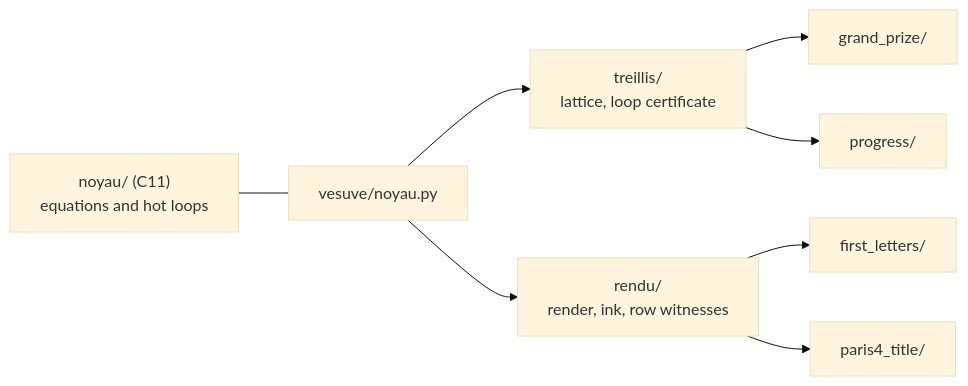
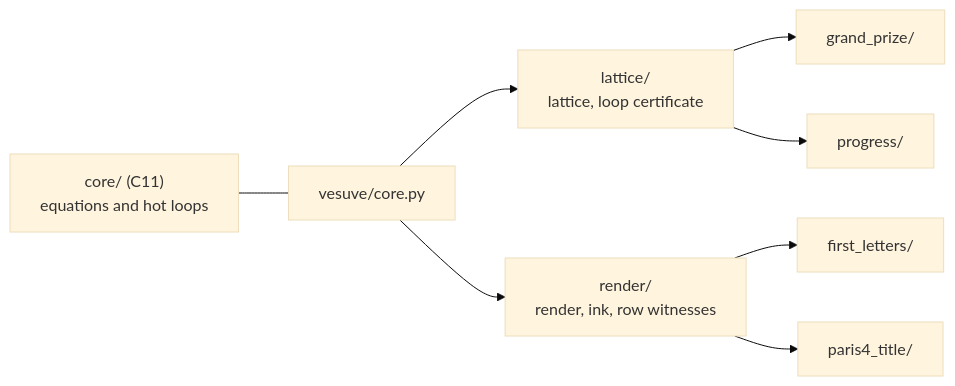
Before and after one commit to MasterLaplace/LplVesuvius: the diagram in README.md, drawn with Mermaid (base theme). The commit also changed other lines of this file and 150 other files, not shown here.

````diff
--- a/README.md
+++ b/README.md
@@ -52,10 +52,10 @@
 ```mermaid
 flowchart LR
-  C["noyau/ (C11)<br/>equations and hot loops"] --- P["vesuve/noyau.py"]
-  P --> T["treillis/<br/>lattice, loop certificate"]
-  P --> R["rendu/<br/>render, ink, row witnesses"]
+  C["core/ (C11)<br/>equations and hot loops"] --- P["vesuve/core.py"]
+  P --> T["lattice/<br/>lattice, loop certificate"]
+  P --> R["render/<br/>render, ink, row witnesses"]
   T --> GP["grand_prize/"]
   T --> PR["progress/"]
   R --> FL["first_letters/"]
   R --> P4["paris4_title/"]
 ```
````
